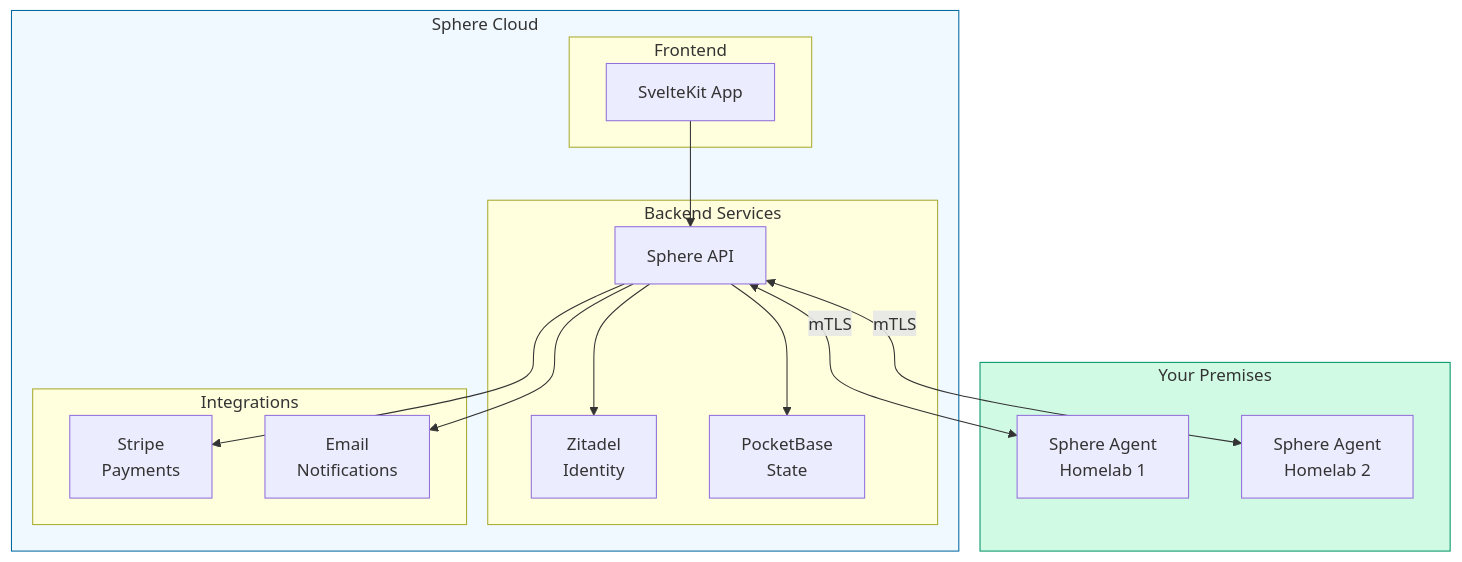
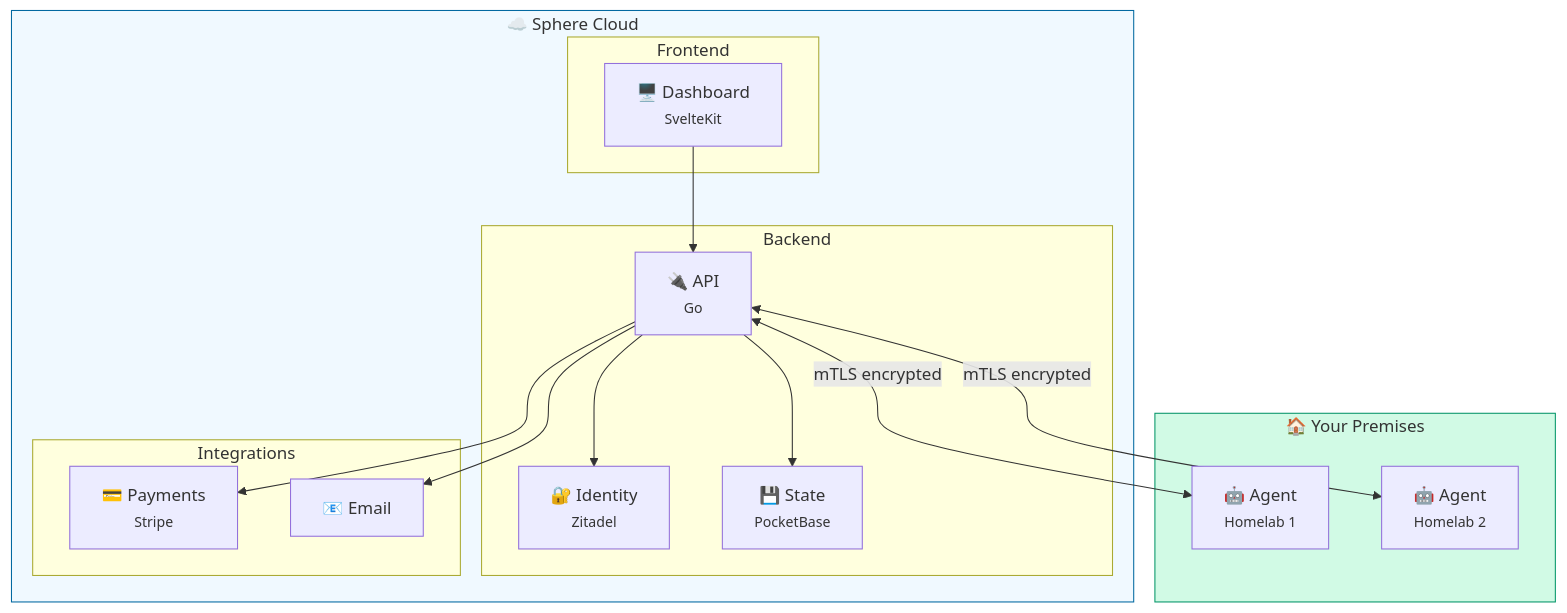
Before and after one commit to KombiverseLabs/docs: the second of 3 diagrams in sphere/overview.mdx, drawn with Mermaid. The commit also changed other lines of this file and 31 other files, not shown here.

````diff
--- a/sphere/overview.mdx
+++ b/sphere/overview.mdx
@@ -94,36 +120,36 @@
 ```mermaid
 graph TB
-    subgraph Cloud["Sphere Cloud"]
+    subgraph Cloud["☁️ Sphere Cloud"]
         subgraph Frontend["Frontend"]
-            SvelteKit["SvelteKit App"]
+            SvelteKit["🖥️ Dashboard<br/><small>SvelteKit</small>"]
         end
         
-        subgraph Backend["Backend Services"]
-            API["Sphere API"]
-            Auth["Zitadel<br/>Identity"]
-            PB["PocketBase<br/>State"]
+        subgraph Backend["Backend"]
+            API["🔌 API<br/><small>Go</small>"]
+            Auth["🔐 Identity<br/><small>Zitadel</small>"]
+            PB["💾 State<br/><small>PocketBase</small>"]
         end
         
         subgraph Integrations["Integrations"]
-            Stripe["Stripe<br/>Payments"]
-            SMTP["Email<br/>Notifications"]
+            Stripe["💳 Payments<br/><small>Stripe</small>"]
+            SMTP["📧 Email"]
         end
     end
     
-    subgraph OnPrem["Your Premises"]
-        Agent1["Sphere Agent<br/>Homelab 1"]
-        Agent2["Sphere Agent<br/>Homelab 2"]
+    subgraph OnPrem["🏠 Your Premises"]
+        Agent1["🤖 Agent<br/><small>Homelab 1</small>"]
+        Agent2["🤖 Agent<br/><small>Homelab 2</small>"]
     end
     
     SvelteKit --> API
     API --> Auth
     API --> PB
     API --> Stripe
     API --> SMTP
     
-    API <-->|mTLS| Agent1
-    API <-->|mTLS| Agent2
+    API <-->|"mTLS encrypted"| Agent1
+    API <-->|"mTLS encrypted"| Agent2
     
     style Cloud fill:#f0f9ff,stroke:#0369a1
     style OnPrem fill:#d1fae5,stroke:#059669
 ```
````
